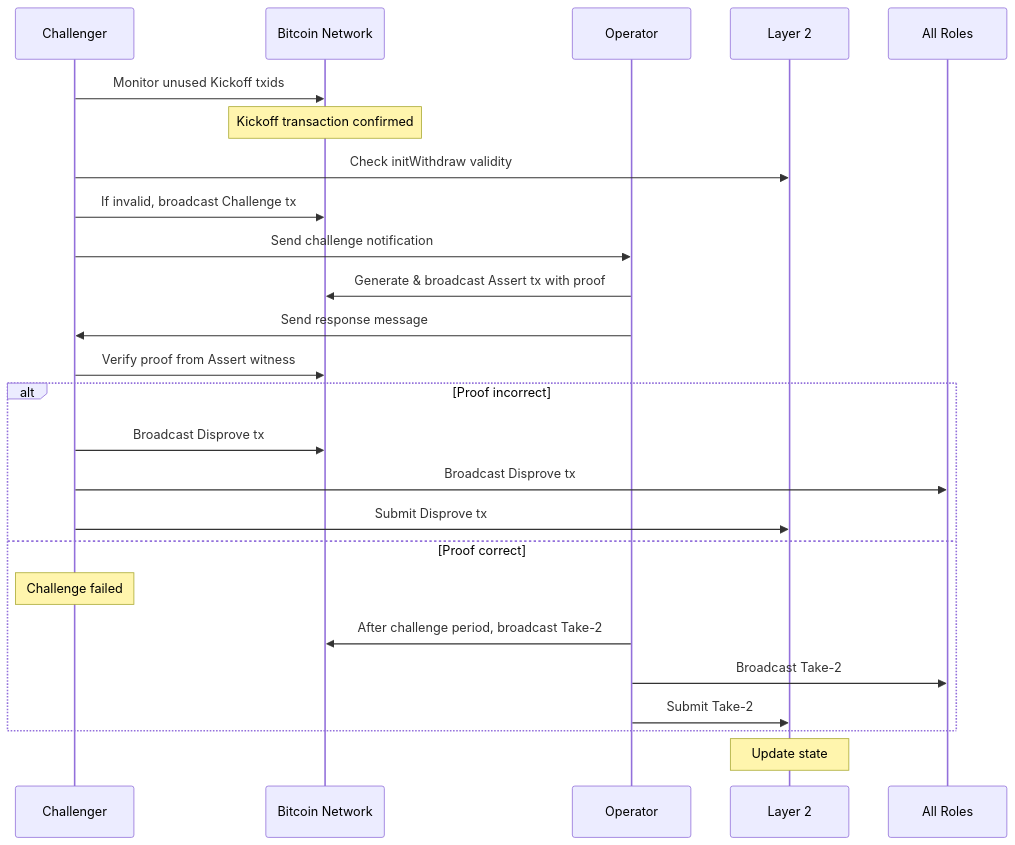
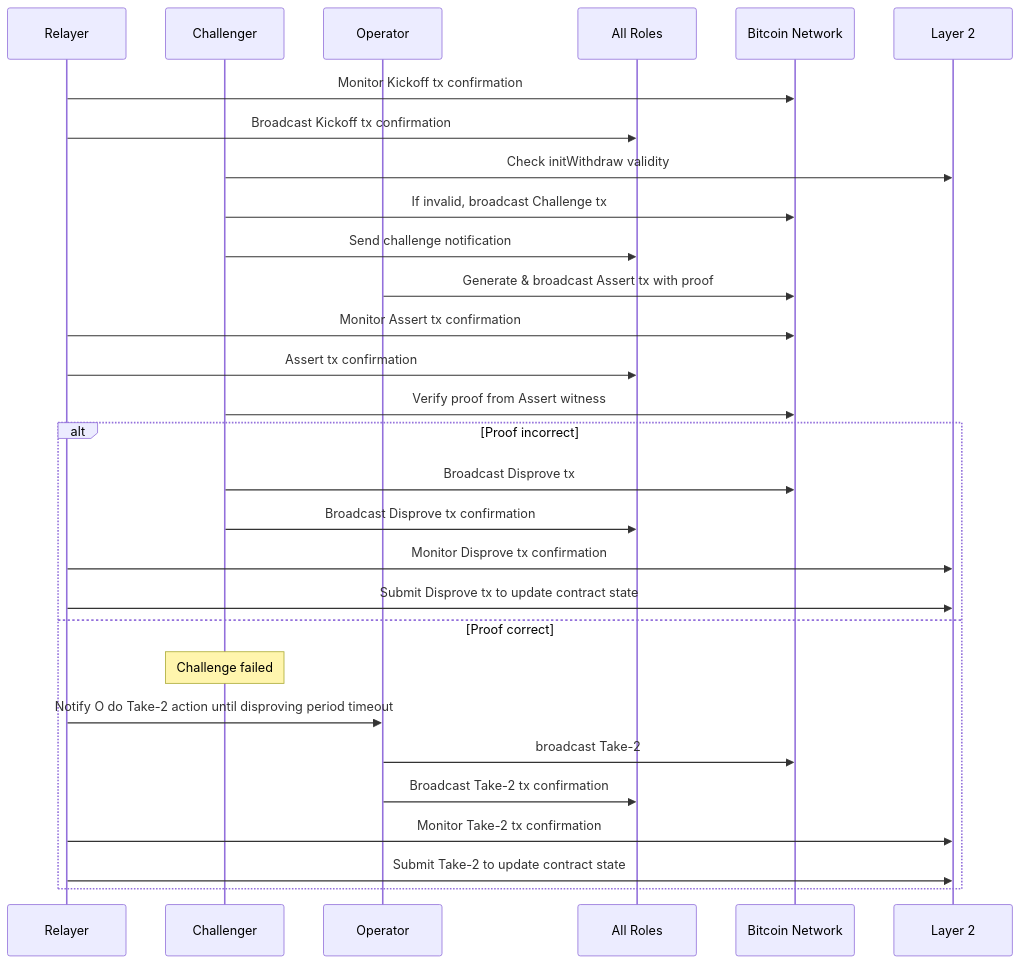
The fourth of 4 diagrams in README.md (jackDev221/bitvm2-node), drawn with Mermaid before and after one commit. The commit also changed other lines of this file, not shown here.

````diff
--- a/README.md
+++ b/README.md
@@ -82,28 +95,32 @@
 ```mermaid
 sequenceDiagram
+    participant R as Relayer
     participant C as Challenger
+    participant O as Operator
+    participant A as All Roles
     participant B as Bitcoin Network
-    participant O as Operator
     participant L2 as Layer 2
-    participant A as All Roles
-
-    C->>B: Monitor unused Kickoff txids
-    Note over B: Kickoff transaction confirmed
+    
+    R->>B: Monitor Kickoff tx confirmation 
+    R->>A: Broadcast Kickoff tx confirmation
     C->>L2: Check initWithdraw validity
     C->>B: If invalid, broadcast Challenge tx
-    C->>O: Send challenge notification
+    C->>A: Send challenge notification
     O->>B: Generate & broadcast Assert tx with proof
-    O->>C: Send response message
+    R->>B: Monitor Assert tx confirmation
+    R->>A: Assert tx confirmation
     C->>B: Verify proof from Assert witness
     alt Proof incorrect
         C->>B: Broadcast Disprove tx
-        C->>A: Broadcast Disprove tx
-        C->>L2: Submit Disprove tx
+        C->>A: Broadcast Disprove tx confirmation
+        R->>L2: Monitor Disprove tx confirmation
+        R->>L2: Submit Disprove tx to update contract state
     else Proof correct
         Note over C: Challenge failed
-        O->>B: After challenge period, broadcast Take-2
-        O->>A: Broadcast Take-2
-        O->>L2: Submit Take-2
+        R->>O: Notify O do Take-2 action until disproving period timeout
+        O->>B: broadcast Take-2
+        O->>A: Broadcast Take-2 tx confirmation
+        R->>L2: Monitor Take-2 tx confirmation
+        R->>L2: Submit Take-2 to update contract state
     end
-    Note over L2: Update state
 ```
````
